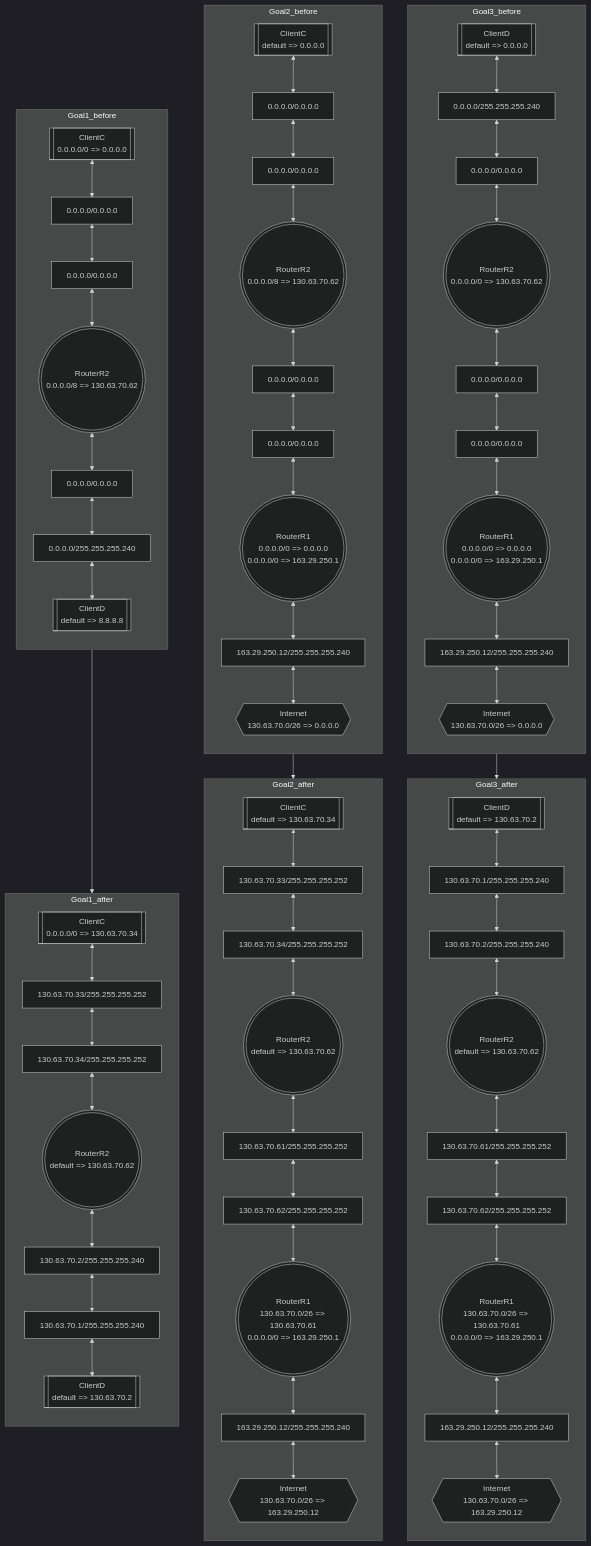
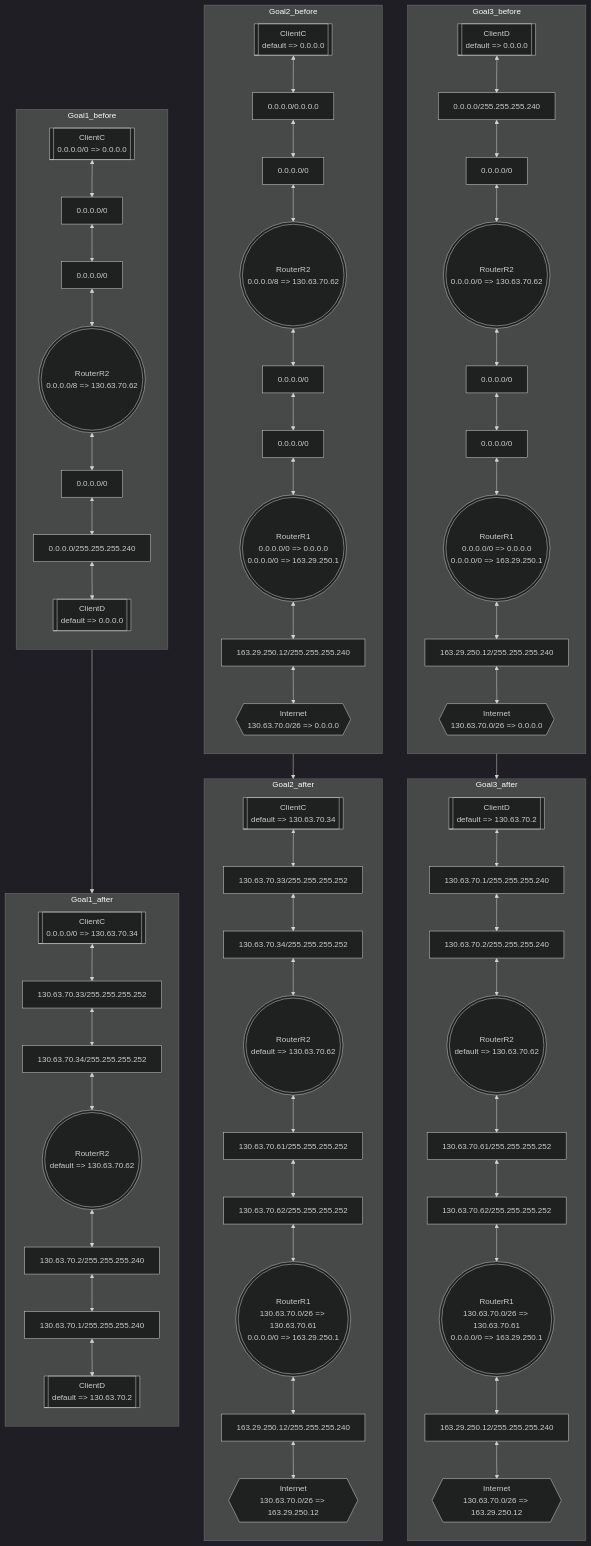
Before and after one commit to rikeda-cloud/net_practice: the second of 2 diagrams in level8.md, drawn with Mermaid. The commit also changed other lines of this file and 13 other files, not shown here.

```diff
--- a/level8.md
+++ b/level8.md
@@ -56,9 +56,9 @@
     G3_BE_RR2(((RouterR2<br>0.0.0.0/0 => 130.63.70.62)))
     G3_BE_IF_D[0.0.0.0/255.255.255.240]
     G3_BE_IF_R12[163.29.250.12/255.255.255.240]
-    G3_BE_IF_R13[0.0.0.0/0.0.0.0]
-    G3_BE_IF_R21[0.0.0.0/0.0.0.0]
-    G3_BE_IF_R23[0.0.0.0/0.0.0.0]
+    G3_BE_IF_R13[0.0.0.0/0]
+    G3_BE_IF_R21[0.0.0.0/0]
+    G3_BE_IF_R23[0.0.0.0/0]
     G3_BE_NET{{Internet<br>130.63.70.0/26 => 0.0.0.0}}
     G3_BE_CL_D<-->G3_BE_IF_D<-->G3_BE_IF_R23<-->G3_BE_RR2<-->G3_BE_IF_R21<-->G3_BE_IF_R13<-->G3_BE_RR1<-->G3_BE_IF_R12<-->G3_BE_NET
 end
@@ -86,9 +86,9 @@
     G2_BE_RR2(((RouterR2<br>0.0.0.0/8 => 130.63.70.62)))
     G2_BE_IF_C[0.0.0.0/0.0.0.0]
     G2_BE_IF_R12[163.29.250.12/255.255.255.240]
-    G2_BE_IF_R13[0.0.0.0/0.0.0.0]
-    G2_BE_IF_R21[0.0.0.0/0.0.0.0]
-    G2_BE_IF_R22[0.0.0.0/0.0.0.0]
+    G2_BE_IF_R13[0.0.0.0/0]
+    G2_BE_IF_R21[0.0.0.0/0]
+    G2_BE_IF_R22[0.0.0.0/0]
     G2_BE_NET{{Internet<br>130.63.70.0/26 => 0.0.0.0}}
     G2_BE_CL_C<-->G2_BE_IF_C<-->G2_BE_IF_R22<-->G2_BE_RR2<-->G2_BE_IF_R21<-->G2_BE_IF_R13<-->G2_BE_RR1<-->G2_BE_IF_R12<-->G2_BE_NET
 end
@@ -112,12 +112,12 @@
 subgraph Goal1_before
     direction TB
     G1_BE_CL_C[[ClientC<br>0.0.0.0/0 => 0.0.0.0]]
-    G1_BE_CL_D[[ClientD<br>default => 8.8.8.8]]
+    G1_BE_CL_D[[ClientD<br>default => 0.0.0.0]]
     G1_BE_RR2(((RouterR2<br>0.0.0.0/8 => 130.63.70.62)))
-    G1_BE_IF_C[0.0.0.0/0.0.0.0]
+    G1_BE_IF_C[0.0.0.0/0]
     G1_BE_IF_D[0.0.0.0/255.255.255.240]
-    G1_BE_IF_R22[0.0.0.0/0.0.0.0]
-    G1_BE_IF_R23[0.0.0.0/0.0.0.0]
+    G1_BE_IF_R22[0.0.0.0/0]
+    G1_BE_IF_R23[0.0.0.0/0]
     G1_BE_CL_C<-->G1_BE_IF_C<-->G1_BE_IF_R22<-->G1_BE_RR2<-->G1_BE_IF_R23<-->G1_BE_IF_D<-->G1_BE_CL_D
 end
 
```
